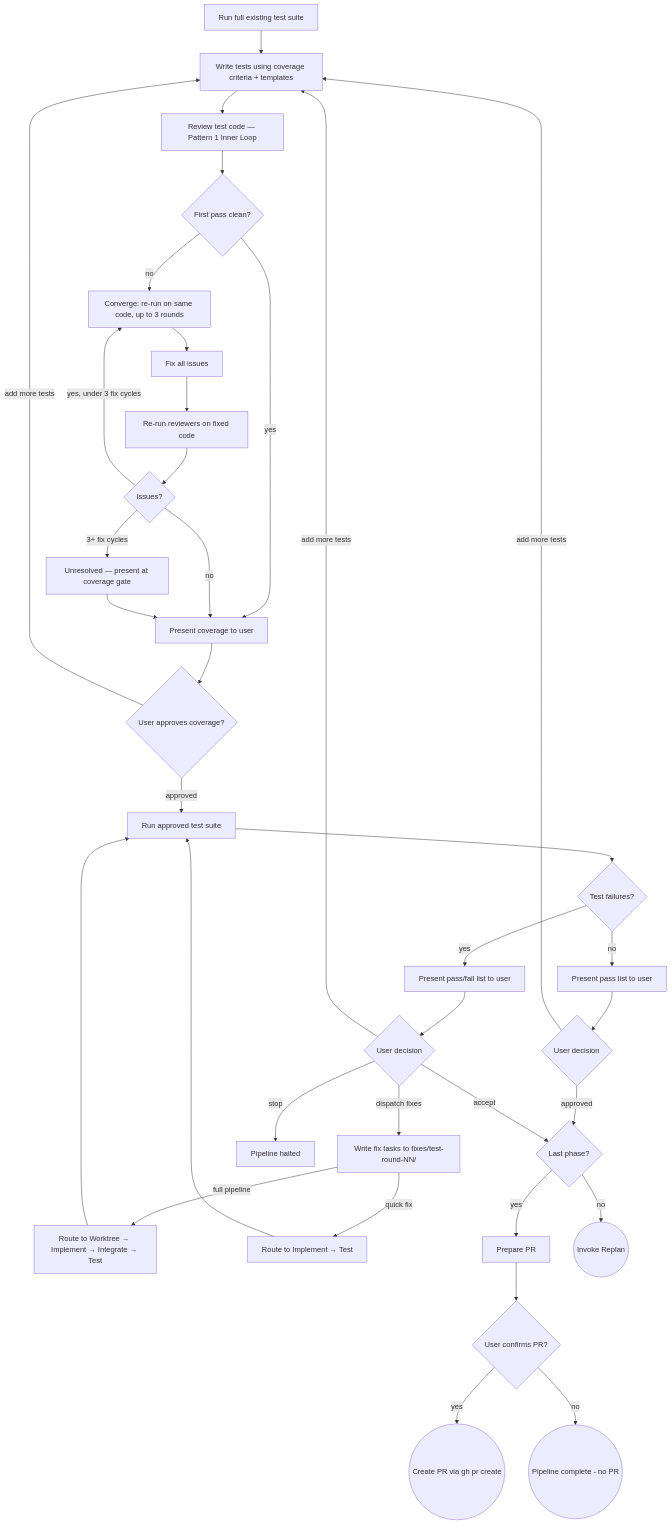
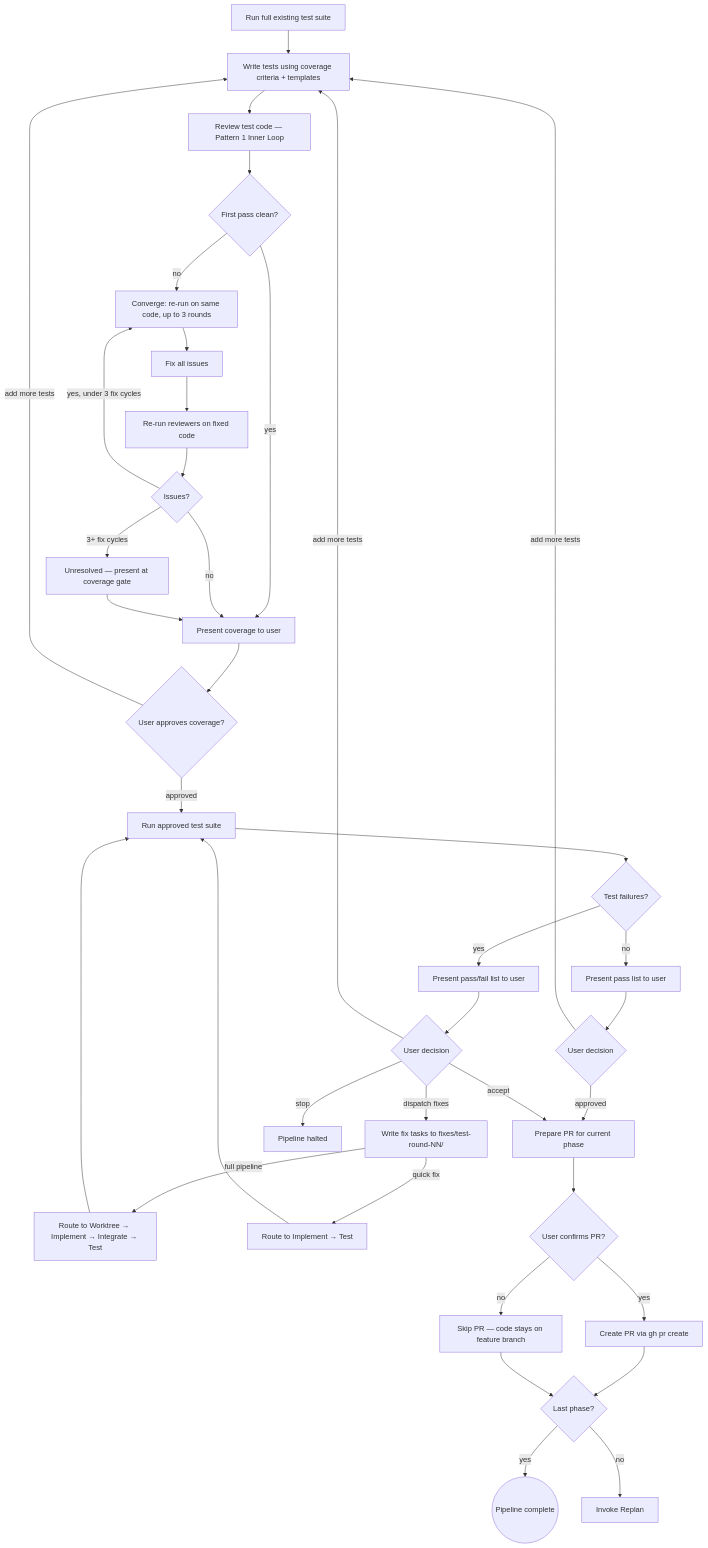
The diagram in skills/test/SKILL.md (dfrysinger/qrspi-plus), drawn with Mermaid before and after one commit. The commit also changed other lines of this file and 2 other files, not shown here.

Commit message:
feat: create PR after every phase, not just final

````diff
--- a/skills/test/SKILL.md
+++ b/skills/test/SKILL.md
@@ -77,39 +77,41 @@
 ```mermaid
 flowchart TD
     A[Run full existing test suite] --> B[Write tests using coverage criteria + templates]
     B --> C[Review test code — Pattern 1 Inner Loop]
     C --> C1{First pass clean?}
     C1 -->|yes| CV[Present coverage to user]
     C1 -->|no| C2[Converge: re-run on same code, up to 3 rounds]
     C2 --> C3[Fix all issues]
     C3 --> C4[Re-run reviewers on fixed code]
     C4 --> C5{Issues?}
     C5 -->|no| CV
     C5 -->|yes, under 3 fix cycles| C2
     C5 -->|3+ fix cycles| C6[Unresolved — present at coverage gate]
     C6 --> CV
     CV --> CV2{User approves coverage?}
     CV2 -->|add more tests| B
     CV2 -->|approved| D[Run approved test suite]
     D --> E{Test failures?}
     E -->|no| G[Present pass list to user]
     E -->|yes| F[Present pass/fail list to user]
     F --> H{User decision}
     G --> G2{User decision}
     G2 -->|add more tests| B
     G2 -->|approved| Q
     H -->|add more tests| B
     H -->|dispatch fixes| K[Write fix tasks to fixes/test-round-NN/]
     H -->|accept| Q
     H -->|stop| L[Pipeline halted]
     K -->|full pipeline| M[Route to Worktree → Implement → Integrate → Test]
     K -->|quick fix| N[Route to Implement → Test]
     M --> D
     N --> D
-    Q{Last phase?}
-    Q -->|yes| R[Prepare PR]
-    R --> S{User confirms PR?}
-    S -->|yes| T((Create PR via gh pr create))
-    S -->|no| U((Pipeline complete - no PR))
-    Q -->|no| V((Invoke Replan))
+    Q[Prepare PR for current phase]
+    Q --> R{User confirms PR?}
+    R -->|yes| S[Create PR via gh pr create]
+    R -->|no| S2[Skip PR — code stays on feature branch]
+    S --> T{Last phase?}
+    S2 --> T
+    T -->|yes| U((Pipeline complete))
+    T -->|no| V[Invoke Replan]
 ```
````
